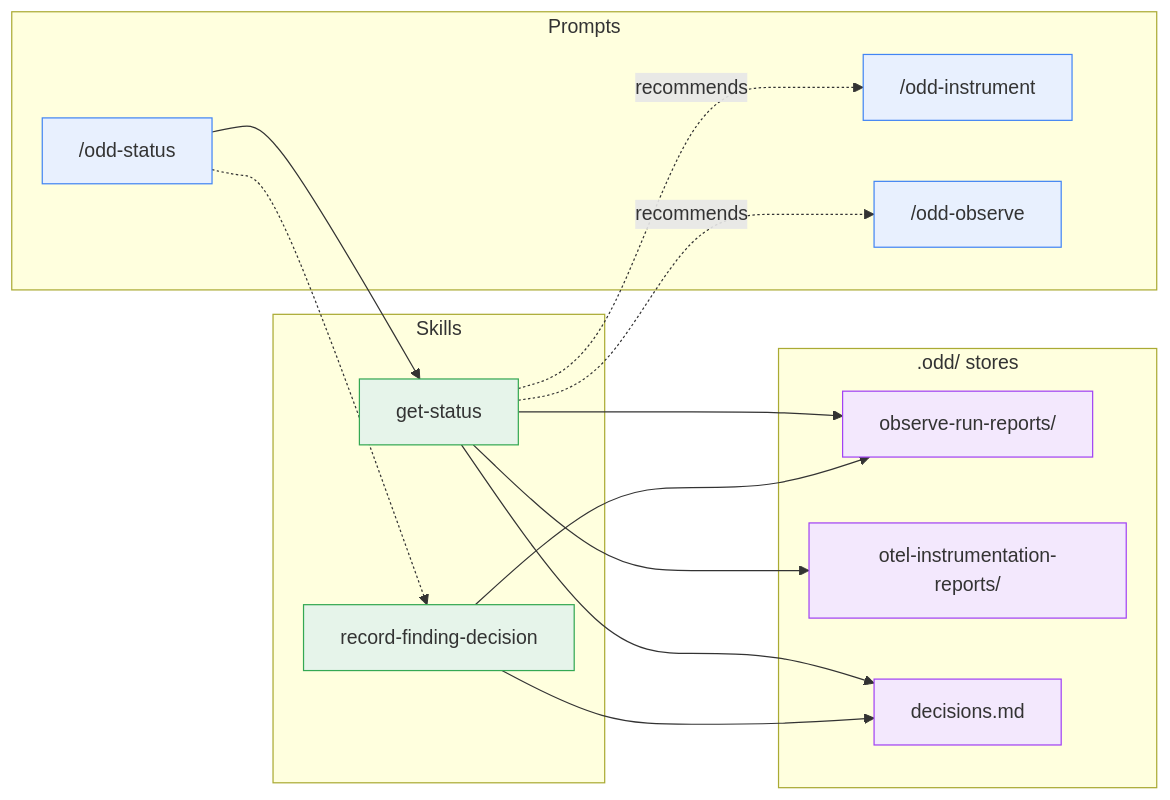
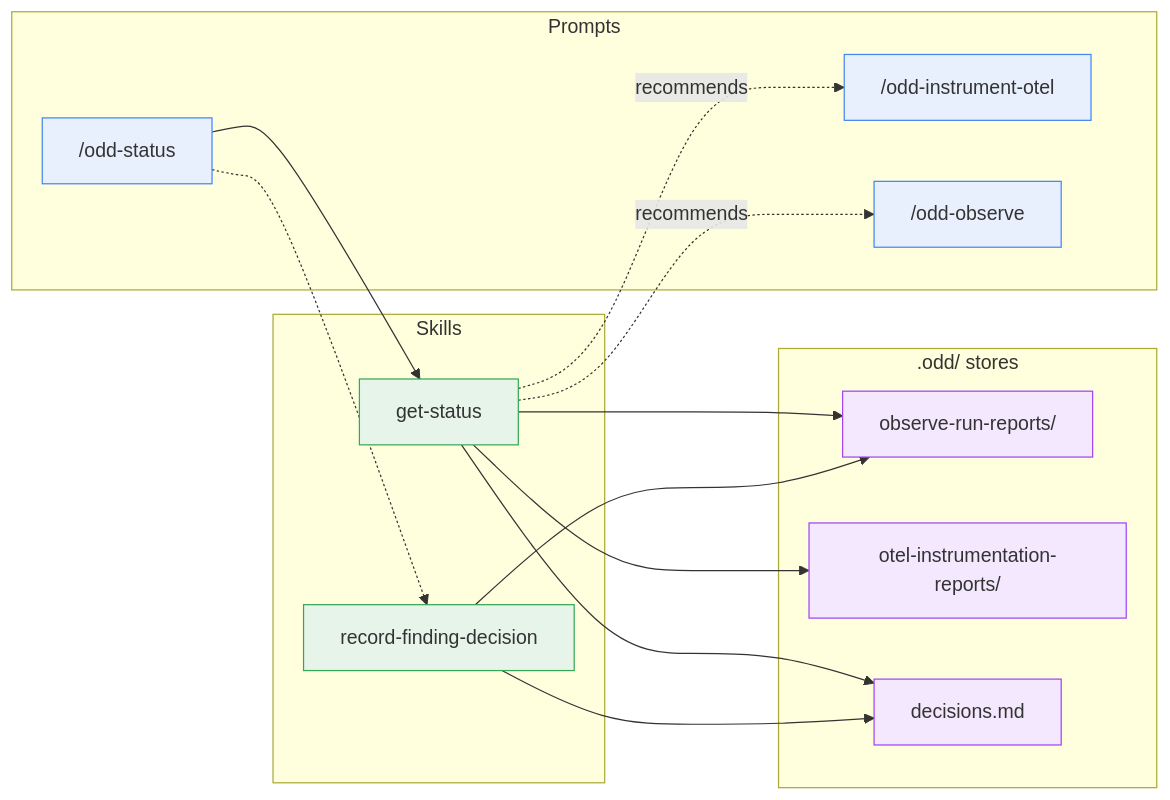
Before and after one commit to using-system/oddyssey: the fourth of 6 diagrams in docs/guide/dependencies.md, drawn with Mermaid. The commit also changed other lines of this file and 6 other files, not shown here.

Commit message:
refactor(prompts): rename /odd-instrument to /odd-instrument-otel (#210)

````diff
--- a/docs/guide/dependencies.md
+++ b/docs/guide/dependencies.md
@@ -269,38 +269,38 @@
 ```mermaid
 flowchart LR
   subgraph Prompts
     status["/odd-status"]
-    instrument["/odd-instrument"]
+    instrument["/odd-instrument-otel"]
     observe["/odd-observe"]
   end
 
   subgraph Skills
     gs[get-status]
     rfd[record-finding-decision]
   end
 
   subgraph Stores[".odd/ stores"]
     obsdir[observe-run-reports/]
     insdir[otel-instrumentation-reports/]
     dec[decisions.md]
   end
 
   status --> gs
   status -.-> rfd
 
   gs --> obsdir
   gs --> insdir
   gs --> dec
   gs -. recommends .-> instrument
   gs -. recommends .-> observe
 
   rfd --> obsdir
   rfd --> dec
 
   classDef prompt fill:#e8f0fe,stroke:#4285f4
   classDef skill fill:#e6f4ea,stroke:#34a853
   classDef store fill:#f3e8fd,stroke:#a142f4
   class status,instrument,observe prompt
   class gs,rfd skill
   class obsdir,insdir,dec store
 ```
````
